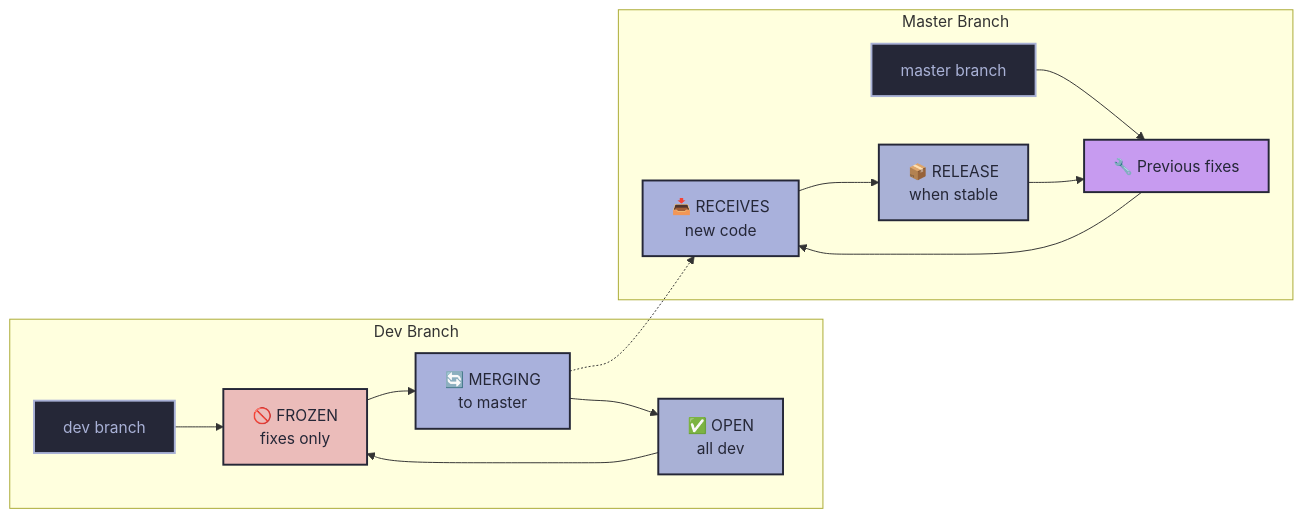
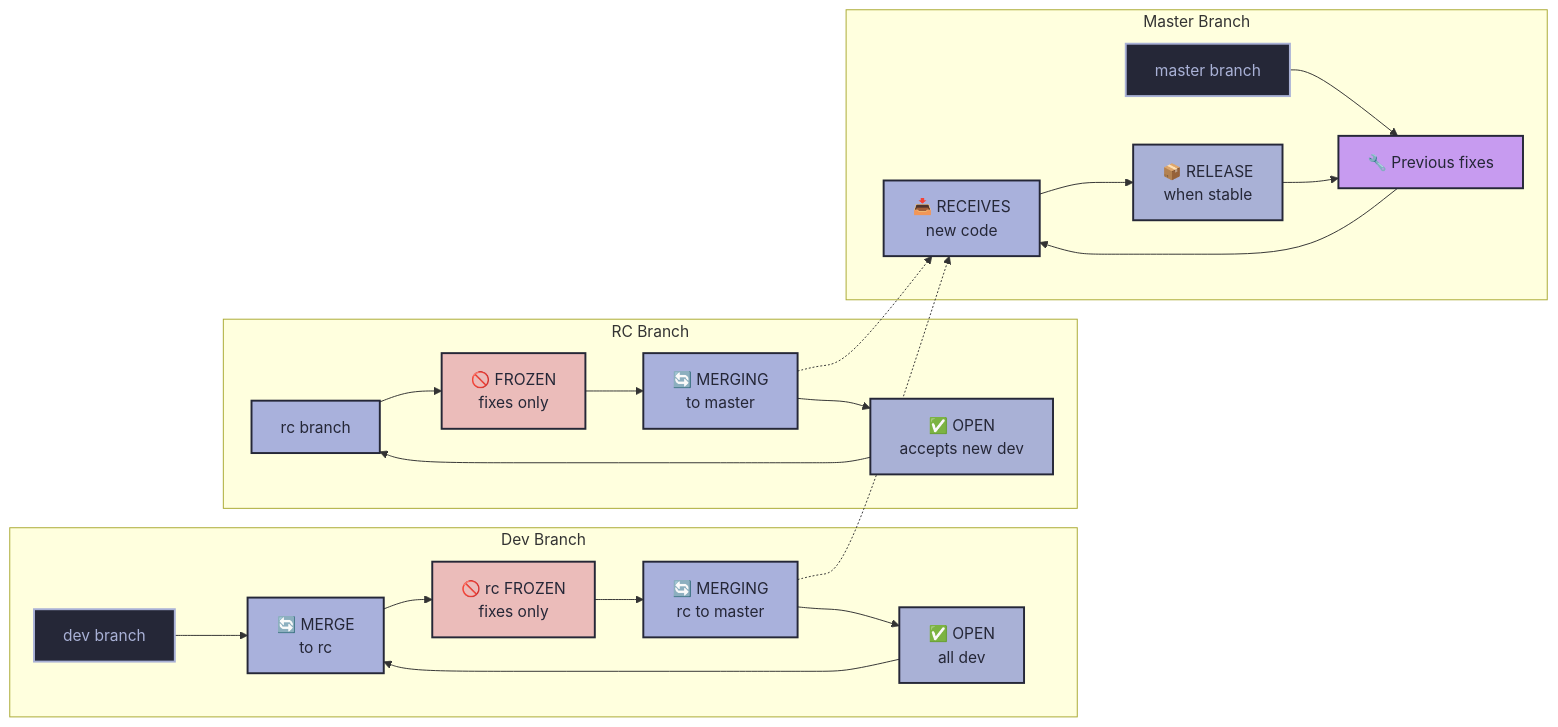
The second of 3 diagrams in HyDE/RELEASE_POLICY.md (Tatrank/dotfiles), drawn with Mermaid before and after one commit. The commit also changed other lines of this file and 128 other files, not shown here.

````diff
--- a/HyDE/RELEASE_POLICY.md
+++ b/HyDE/RELEASE_POLICY.md
@@ -147,27 +135,41 @@
 ```mermaid
 graph LR
     subgraph "Dev Branch"
-        DEV[dev branch] --> FREEZE[🚫 FROZEN<br/>fixes only]
-        FREEZE --> MERGE[🔄 MERGING<br/>to master]
+        DEV[dev branch] --> RC[🔄 MERGE<br/>to rc]
+        RC --> FROZEN[🚫 rc FROZEN<br/>fixes only]
+        FROZEN --> MERGE[🔄 MERGING<br/>rc to master]
         MERGE --> OPEN[✅ OPEN<br/>all dev]
-        OPEN --> FREEZE
+        OPEN --> RC
+    end
+    
+    subgraph "RC Branch"
+        RC2[rc branch] --> FROZEN2[🚫 FROZEN<br/>fixes only]
+        FROZEN2 --> MERGE2[🔄 MERGING<br/>to master]
+        MERGE2 --> OPEN2[✅ OPEN<br/>accepts new dev]
+        OPEN2 --> RC2
     end
     
     subgraph "Master Branch"
         MASTER[master branch] --> PREV[🔧 Previous fixes]
         PREV --> RECEIVE[📥 RECEIVES<br/>new code]
         RECEIVE --> RELEASE[📦 RELEASE<br/>when stable]
         RELEASE --> PREV
     end
     
     MERGE -.-> RECEIVE
+    MERGE2 -.-> RECEIVE
     
     style DEV fill:#252737,stroke:#a9b1d6,stroke-width:2px,color:#a9b1d6
-    style FREEZE fill:#ebbcba,stroke:#252737,stroke-width:2px,color:#252737
+    style RC fill:#a9b1dc,stroke:#252737,stroke-width:2px,color:#252737
+    style FROZEN fill:#ebbcba,stroke:#252737,stroke-width:2px,color:#252737
     style MERGE fill:#a9b1dc,stroke:#252737,stroke-width:2px,color:#252737
     style OPEN fill:#a9b1d6,stroke:#252737,stroke-width:2px,color:#252737
+    style RC2 fill:#a9b1dc,stroke:#252737,stroke-width:2px,color:#252737
+    style FROZEN2 fill:#ebbcba,stroke:#252737,stroke-width:2px,color:#252737
+    style MERGE2 fill:#a9b1dc,stroke:#252737,stroke-width:2px,color:#252737
+    style OPEN2 fill:#a9b1d6,stroke:#252737,stroke-width:2px,color:#252737
     style MASTER fill:#252737,stroke:#a9b1d6,stroke-width:2px,color:#a9b1d6
     style PREV fill:#c79bf0,stroke:#252737,stroke-width:2px,color:#252737
     style RECEIVE fill:#a9b1dc,stroke:#252737,stroke-width:2px,color:#252737
     style RELEASE fill:#a9b1d6,stroke:#252737,stroke-width:2px,color:#252737
 ```
````
